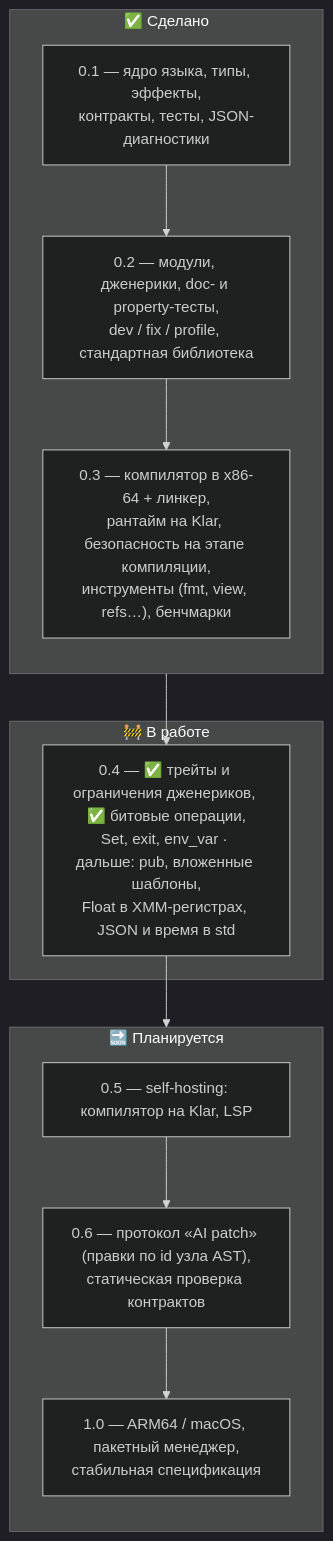
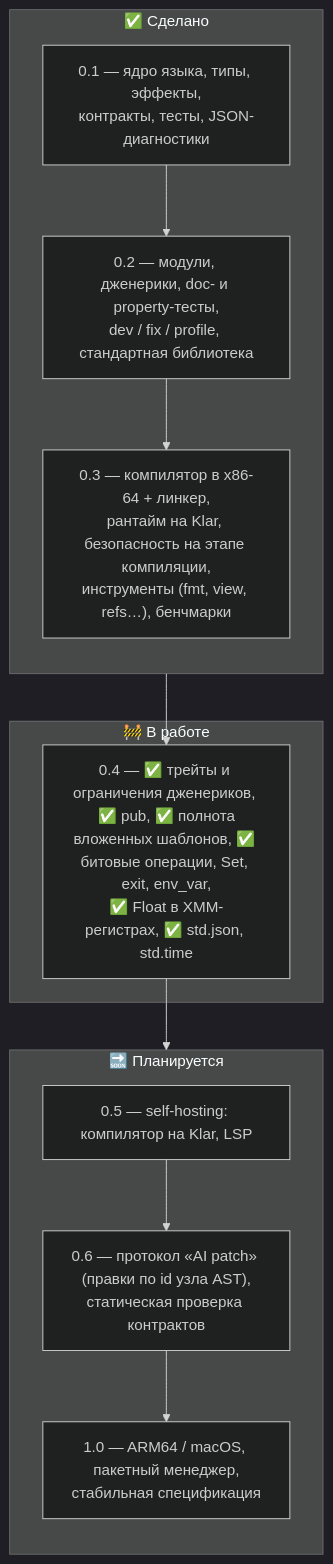
The second of 2 diagrams in README.ru.md (veosett/Klar), drawn with Mermaid (dark theme) before and after one commit. The commit also changed other lines of this file and 41 other files, not shown here.

First line of the commit message:
Add pub visibility, nested exhaustiveness, floats in XMM, std.json and std.time

````diff
--- a/README.ru.md
+++ b/README.ru.md
@@ -148,21 +148,21 @@
 ```mermaid
 flowchart TB
     subgraph done["✅ Сделано"]
         direction TB
         v01["0.1 — ядро языка, типы, эффекты,<br/>контракты, тесты, JSON-диагностики"]
         v02["0.2 — модули, дженерики, doc- и property-тесты,<br/>dev / fix / profile, стандартная библиотека"]
         v03["0.3 — компилятор в x86-64 + линкер,<br/>рантайм на Klar, безопасность на этапе компиляции,<br/>инструменты (fmt, view, refs…), бенчмарки"]
         v01 --> v02 --> v03
     end
     subgraph now["🚧 В работе"]
-        v04["0.4 — ✅ трейты и ограничения дженериков, ✅ битовые операции,<br/>Set, exit, env_var · дальше: pub, вложенные шаблоны,<br/>Float в XMM-регистрах, JSON и время в std"]
+        v04["0.4 — ✅ трейты и ограничения дженериков, ✅ pub, ✅ полнота<br/>вложенных шаблонов, ✅ битовые операции, Set, exit, env_var,<br/>✅ Float в XMM-регистрах, ✅ std.json, std.time"]
     end
     subgraph next["🔜 Планируется"]
         direction TB
         v05["0.5 — self-hosting: компилятор на Klar, LSP"]
         v06["0.6 — протокол «AI patch» (правки по id узла AST),<br/>статическая проверка контрактов"]
         v10["1.0 — ARM64 / macOS, пакетный менеджер,<br/>стабильная спецификация"]
         v05 --> v06 --> v10
     end
     v03 --> v04 --> v05
 ```
````
